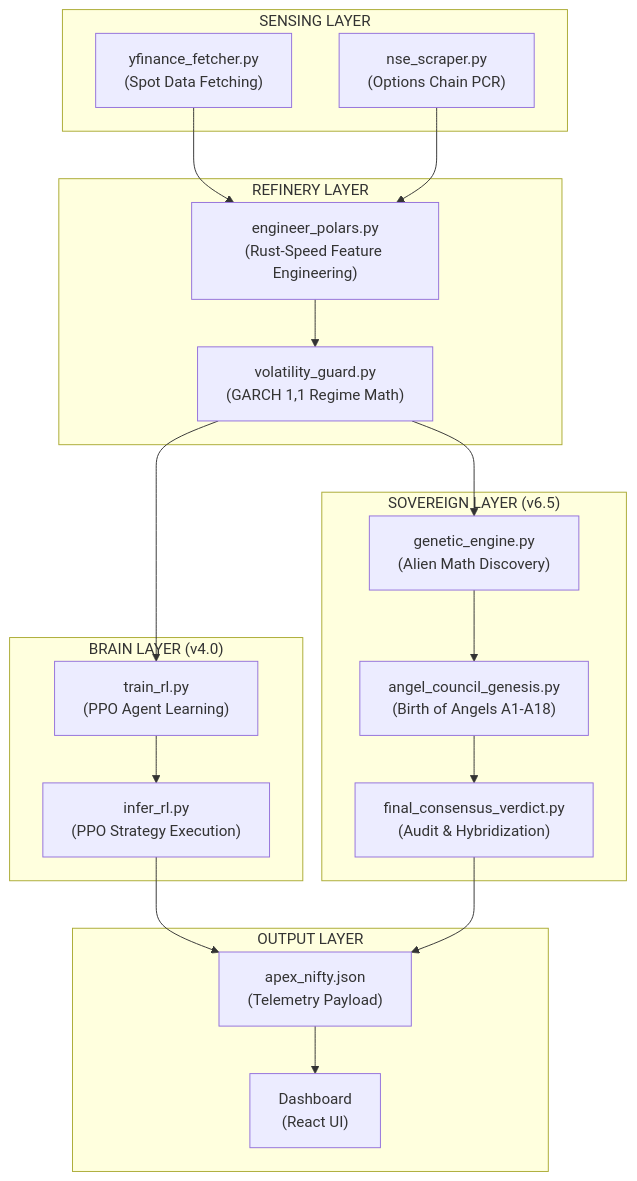
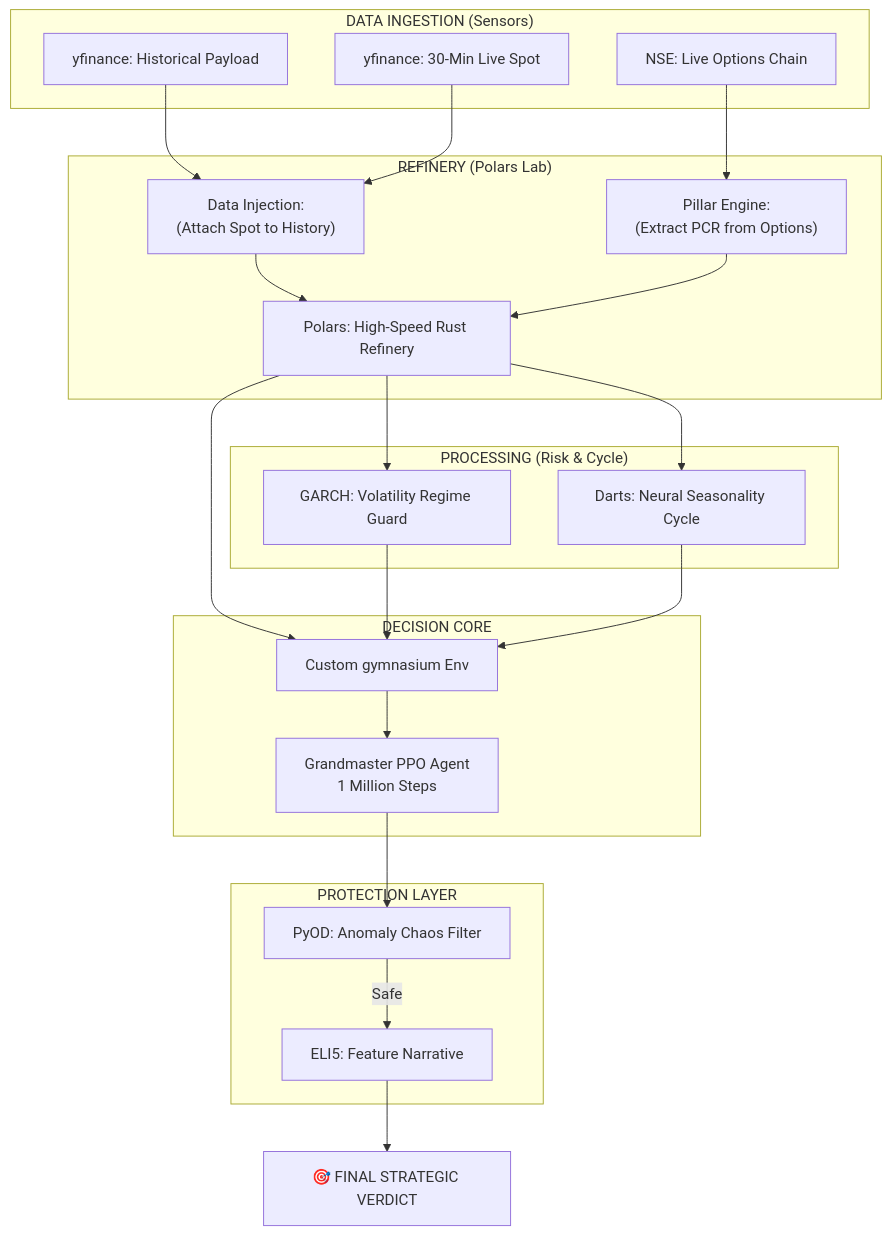
Before and after one commit to pravindev666/Tradyx-Aleph: the fifth of 8 diagrams in README.md, drawn with Mermaid. The commit also changed other lines of this file, not shown here.

````diff
--- a/README.md
+++ b/README.md
@@ -11,35 +105,39 @@
 ```mermaid
 graph TD
-    subgraph "SENSING LAYER"
-        YF["yfinance_fetcher.py\n(Spot Data Fetching)"]
-        NSE["nse_scraper.py\n(Options Chain PCR)"]
+    subgraph "DATA INGESTION (Sensors)"
+        YF[yfinance: Historical Payload]
+        SPOT[yfinance: 30-Min Live Spot]
+        NSE[NSE: Live Options Chain]
     end
 
-    subgraph "REFINERY LAYER"
-        POLARS["engineer_polars.py\n(Rust-Speed Feature Engineering)"]
-        GARCH["volatility_guard.py\n(GARCH 1,1 Regime Math)"]
+    subgraph "REFINERY (Polars Lab)"
+        COMB["Data Injection:\n(Attach Spot to History)"]
+        PCR["Pillar Engine:\n(Extract PCR from Options)"]
+        PL[Polars: High-Speed Rust Refinery]
     end
 
-    subgraph "BRAIN LAYER (v4.0)"
-        RL_TRAIN["train_rl.py\n(PPO Agent Learning)"]
-        RL_INF["infer_rl.py\n(PPO Strategy Execution)"]
+    subgraph "PROCESSING (Risk & Cycle)"
+        GARCH[GARCH: Volatility Regime Guard]
+        DARTS[Darts: Neural Seasonality Cycle]
     end
 
-    subgraph "SOVEREIGN LAYER (v6.5)"
-        GENETIC["genetic_engine.py\n(Alien Math Discovery)"]
-        GENESIS["angel_council_genesis.py\n(Birth of Angels A1-A18)"]
-        CON["final_consensus_verdict.py\n(Audit & Hybridization)"]
+    subgraph "DECISION CORE"
+        PPO[Grandmaster PPO Agent\n1 Million Steps]
+        RL_Env[Custom gymnasium Env]
     end
 
-    subgraph "OUTPUT LAYER"
-        JSON["apex_nifty.json\n(Telemetry Payload)"]
-        DASH["Dashboard\n(React UI)"]
+    subgraph "PROTECTION LAYER"
+        Chaos[PyOD: Anomaly Chaos Filter]
+        XAI[ELI5: Feature Narrative]
     end
 
-    YF & NSE --> POLARS
-    POLARS --> GARCH
-    GARCH --> RL_TRAIN & GENETIC
-    RL_TRAIN --> RL_INF
-    GENETIC --> GENESIS --> CON
-    RL_INF & CON --> JSON --> DASH
+    YF & SPOT --> COMB
+    NSE --> PCR
+    COMB & PCR --> PL
+    PL --> GARCH & DARTS
+    PL & GARCH & DARTS --> RL_Env
+    RL_Env --> PPO
+    PPO --> Chaos
+    Chaos -->|Safe| XAI
+    XAI --> Verdict[🎯 FINAL STRATEGIC VERDICT]
 ```
````
